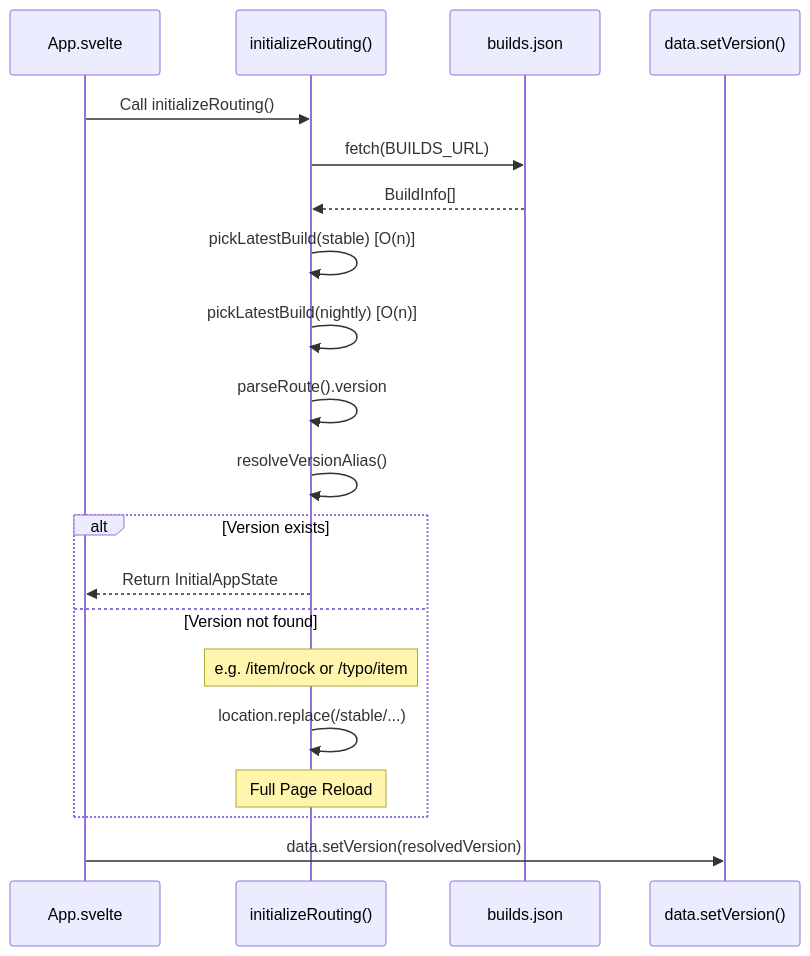
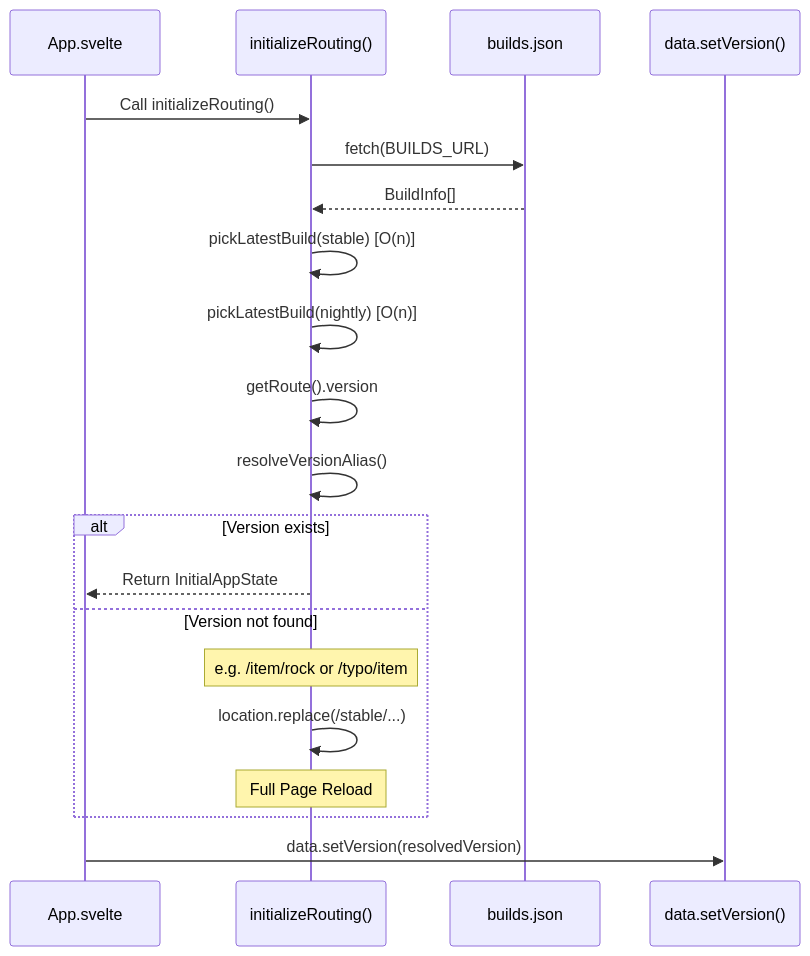
One commit to ushkinaz/cbn-guide changed the first of 2 diagrams in docs/routing.md. Above: the diagram before and after it, drawn with Mermaid. The commit also changed other lines of this file and 11 other files, not shown here.

````diff
--- a/docs/routing.md
+++ b/docs/routing.md
@@ -105,26 +105,26 @@
 ```mermaid
 sequenceDiagram
     participant App as App.svelte
     participant Init as initializeRouting()
     participant Builds as builds.json
     participant Data as data.setVersion()
 
     App->>Init: Call initializeRouting()
     Init->>Builds: fetch(BUILDS_URL)
     Builds-->>Init: BuildInfo[]
 
     Init->>Init: pickLatestBuild(stable) [O(n)]
     Init->>Init: pickLatestBuild(nightly) [O(n)]
-    Init->>Init: parseRoute().version
+    Init->>Init: getRoute().version
     Init->>Init: resolveVersionAlias()
 
     alt Version exists
         Init-->>App: Return InitialAppState
     else Version not found
         Note over Init: e.g. /item/rock or /typo/item
         Init->>Init: location.replace(/stable/...)
         Note over Init: Full Page Reload
     end
 
     App->>Data: data.setVersion(resolvedVersion)
 ```
````
